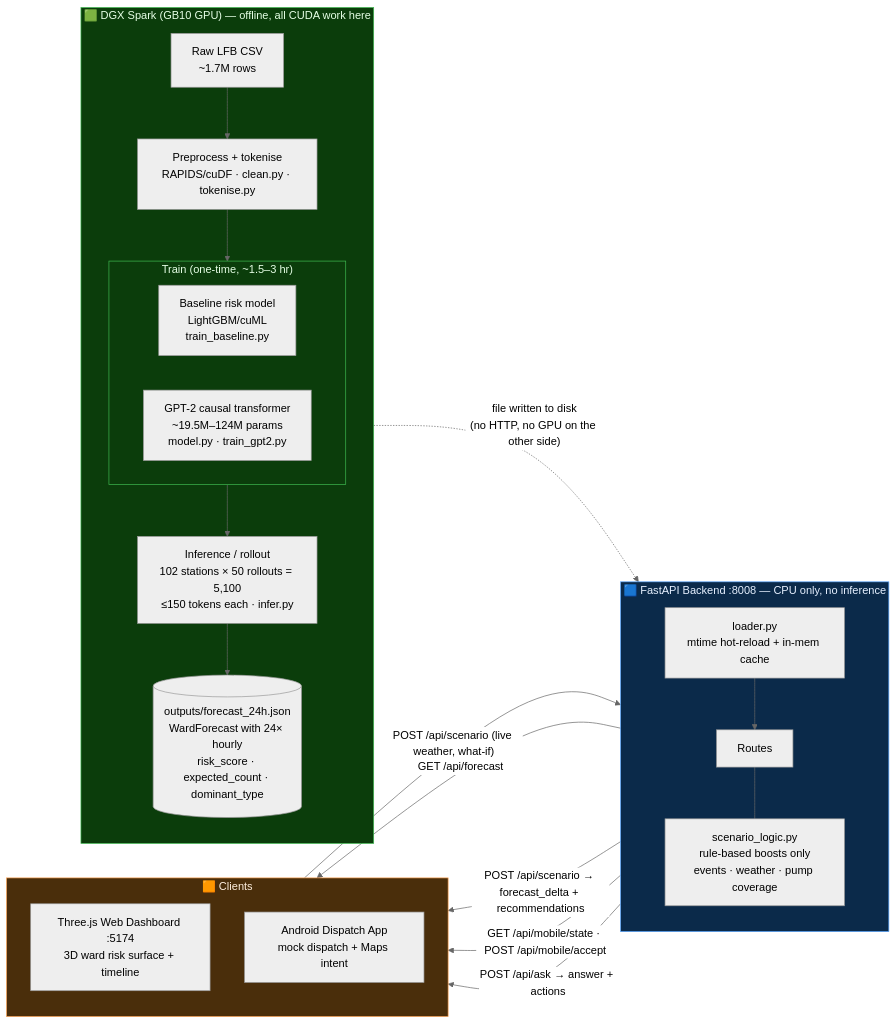
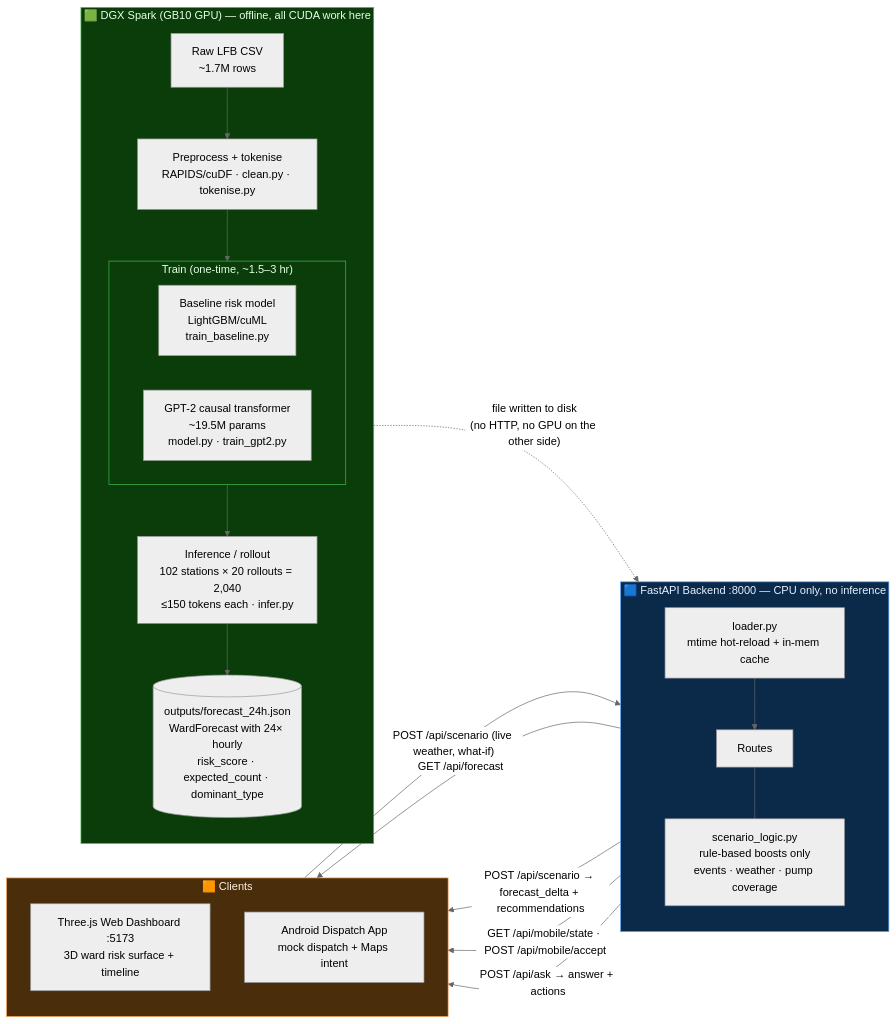
One commit to Hha21/Hackathon_NVIDIALONDON changed the fourth of 4 diagrams in README.md. Above: the diagram before and after it, drawn with Mermaid (neutral theme). The commit also changed other lines of this file, not shown here.

````diff
--- a/README.md
+++ b/README.md
@@ -356,44 +194,44 @@
 ```mermaid
 flowchart LR
     subgraph DGX["🟩 DGX Spark (GB10 GPU) — offline, all CUDA work here"]
         direction TB
         RAW[Raw LFB CSV<br/>~1.7M rows] --> PREP[Preprocess + tokenise<br/>RAPIDS/cuDF · clean.py · tokenise.py]
         PREP --> TRAIN
         subgraph TRAIN["Train (one-time, ~1.5–3 hr)"]
             direction LR
             BASE[Baseline risk model<br/>LightGBM/cuML<br/>train_baseline.py]
-            GPT[GPT-2 causal transformer<br/>~19.5M–124M params<br/>model.py · train_gpt2.py]
+            GPT[GPT-2 causal transformer<br/>~19.5M params<br/>model.py · train_gpt2.py]
         end
-        TRAIN --> INFER[Inference / rollout<br/>102 stations × 50 rollouts = 5,100<br/>≤150 tokens each · infer.py]
+        TRAIN --> INFER[Inference / rollout<br/>102 stations × 20 rollouts = 2,040<br/>≤150 tokens each · infer.py]
         INFER --> JSON[(outputs/forecast_24h.json<br/>WardForecast with 24× hourly<br/>risk_score · expected_count · dominant_type)]
     end
 
     JSON -. "file written to disk<br/>(no HTTP, no GPU on the other side)" .-> LOADER
 
-    subgraph BE["🟦 FastAPI Backend :8008 — CPU only, no inference"]
+    subgraph BE["🟦 FastAPI Backend :8000 — CPU only, no inference"]
         direction TB
         LOADER[loader.py<br/>mtime hot-reload + in-mem cache]
         LOADER --> FAPI[Routes]
         SCEN[scenario_logic.py<br/>rule-based boosts only<br/>events · weather · pump coverage]
         FAPI --- SCEN
     end
 
     subgraph CLIENTS["🟧 Clients"]
         direction TB
-        WEB[Three.js Web Dashboard :5174<br/>3D ward risk surface + timeline]
+        WEB[Three.js Web Dashboard :5173<br/>3D ward risk surface + timeline]
         AND[Android Dispatch App<br/>mock dispatch + Maps intent]
     end
 
     FAPI -- "GET /api/forecast" --> WEB
     FAPI -- "POST /api/scenario → forecast_delta + recommendations" --> WEB
     FAPI -- "GET /api/mobile/state · POST /api/mobile/accept" --> AND
     FAPI -- "POST /api/ask → answer + actions" --> WEB
     WEB -- "POST /api/scenario (live weather, what-if)" --> FAPI
 
     classDef gpu fill:#0b3d0b,stroke:#3fb950,color:#e6ffe6;
     classDef be fill:#0b2a4a,stroke:#58a6ff,color:#e6f0ff;
     classDef cl fill:#4a2e0b,stroke:#ffa657,color:#fff0e0;
     class DGX,TRAIN gpu;
     class BE be;
     class CLIENTS cl;
 ```
````
